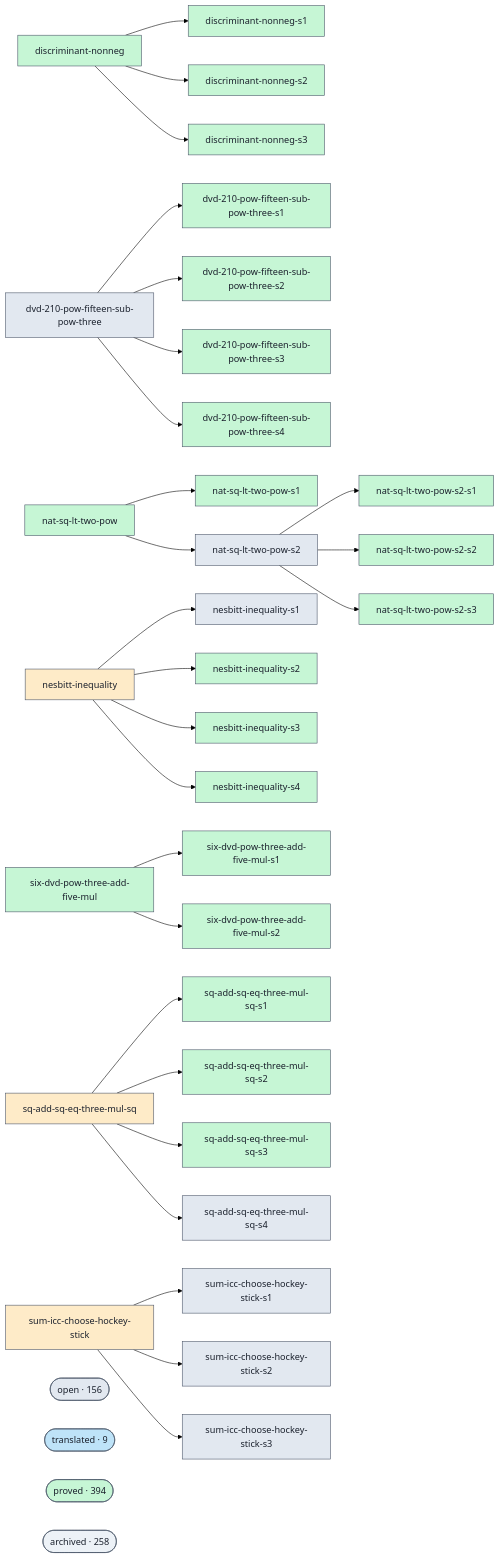
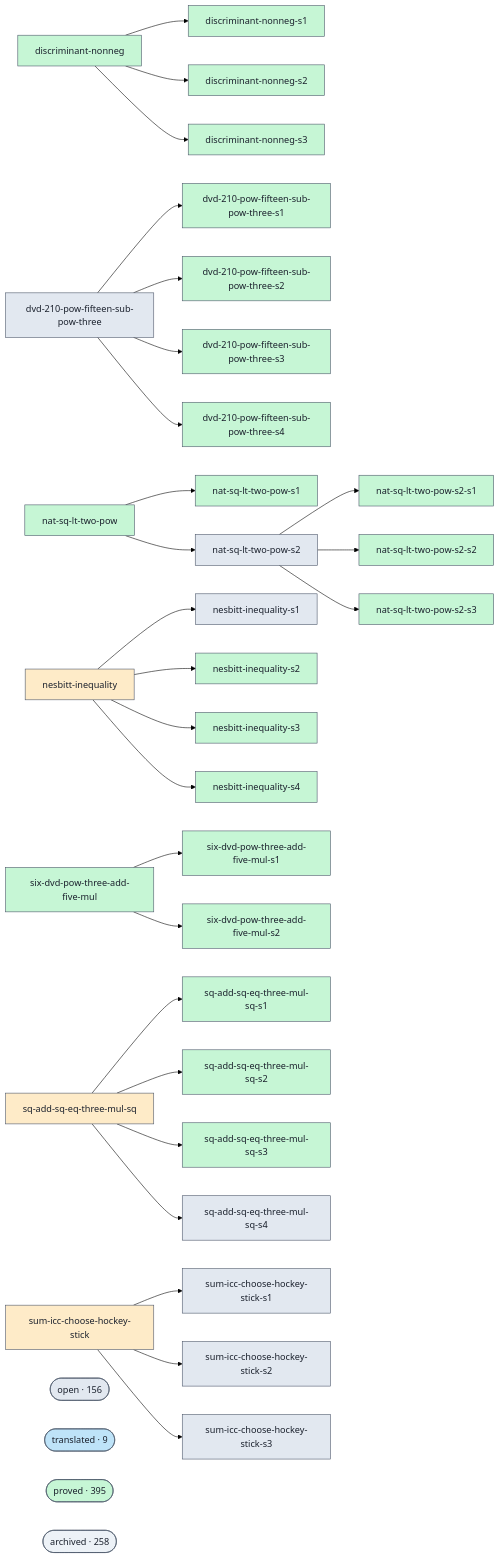
The diagram in docs/proofs-contributors-visualisation.md (Rauxon/unsorry), drawn with Mermaid (forest theme) before and after one commit. The commit also changed other lines of this file and 2 other files, not shown here.

```diff
--- a/docs/proofs-contributors-visualisation.md
+++ b/docs/proofs-contributors-visualisation.md
@@ -147,7 +147,7 @@
   class cluster_open open;
   cluster_translated(["translated · 9"])
   class cluster_translated translated;
-  cluster_proved(["proved · 394"])
+  cluster_proved(["proved · 395"])
   class cluster_proved proved;
   cluster_archived(["archived · 258"])
   class cluster_archived unknown;
```
